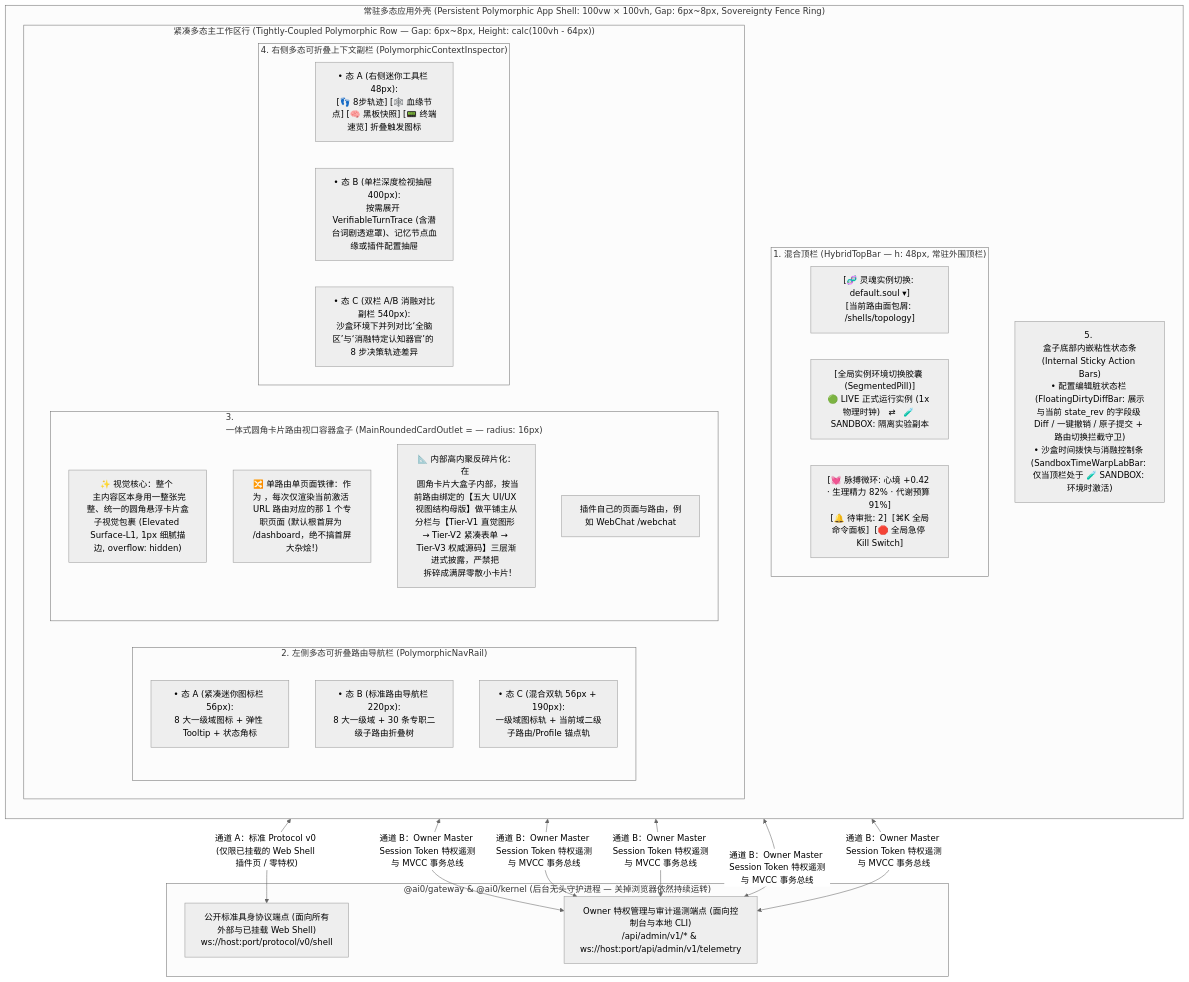
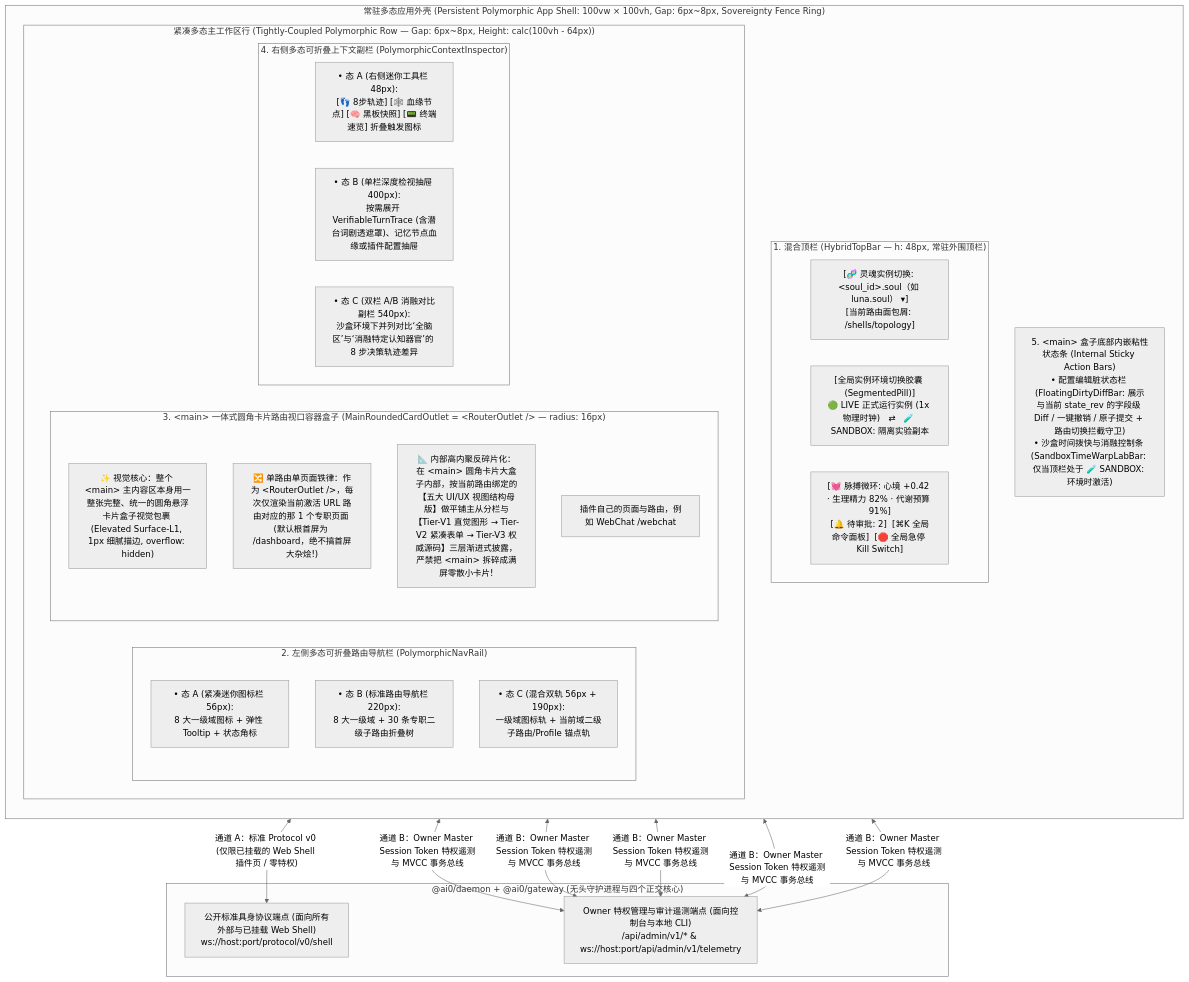
The first of 2 diagrams in docs/architecture/06-webui-console-and-observability-arch.md (reina0721/ai0), drawn with Mermaid (neutral theme) before and after one commit. The commit also changed other lines of this file and 156 other files, not shown here.

````diff
--- a/docs/architecture/06-webui-console-and-observability-arch.md
+++ b/docs/architecture/06-webui-console-and-observability-arch.md
@@ -53,47 +59,47 @@
 ```mermaid
 flowchart TB
     subgraph Viewport["常驻多态应用外壳 (Persistent Polymorphic App Shell: 100vw × 100vh, Gap: 6px~8px, Sovereignty Fence Ring)"]
         direction TB
 
         subgraph TopBar["1. 混合顶栏 (HybridTopBar — h: 48px, 常驻外围顶栏)"]
             direction LR
-            T_Left["[🧬 灵魂实例切换: default.soul ▾]<br/>[当前路由面包屑: /shells/topology]"]
+            T_Left["[🧬 灵魂实例切换: &lt;soul_id&gt;.soul（如 luna.soul） ▾]<br/>[当前路由面包屑: /shells/topology]"]
             T_Center["[全局实例环境切换胶囊 (SegmentedPill)]<br/>🟢 LIVE 正式运行实例 (1x 物理时钟)   ⇄   🧪 SANDBOX:<fork_id> 隔离实验副本"]
             T_Right["[💓 脉搏微环: 心境 +0.42 · 生理精力 82% · 代谢预算 91%]<br/>[🔔 待审批: 2]  [⌘K 全局命令面板]  [🛑 全局急停 Kill Switch]"]
         end
 
         subgraph WorkspaceRow["紧凑多态主工作区行 (Tightly-Coupled Polymorphic Row — Gap: 6px~8px, Height: calc(100vh - 64px))"]
             direction LR
 
             subgraph LeftRail["2. 左侧多态可折叠路由导航栏 (PolymorphicNavRail)"]
                 L_StateA["• 态 A (紧凑迷你图标栏 56px):<br/>8 大一级域图标 + 弹性 Tooltip + 状态角标"]
                 L_StateB["• 态 B (标准路由导航栏 220px):<br/>8 大一级域 + 30 条专职二级子路由折叠树"]
                 L_StateC["• 态 C (混合双轨 56px + 190px):<br/>一级域图标轨 + 当前域二级子路由/Profile 锚点轨"]
             end
 
-            subgraph MainCardOutlet["3. <main> 一体式圆角卡片路由视口容器盒子 (MainRoundedCardOutlet = <RouterOutlet /> — radius: 16px)"]
+            subgraph MainCardOutlet["3. &lt;main&gt; 一体式圆角卡片路由视口容器盒子 (MainRoundedCardOutlet = &lt;RouterOutlet /&gt; — radius: 16px)"]
                 direction TB
-                M_Rule1["✨ 视觉核心：整个 <main> 主内容区本身用一整张完整、统一的圆角悬浮卡片盒子视觉包裹 (Elevated Surface-L1, 1px 细腻描边, overflow: hidden)"]
-                M_Rule2["🔀 单路由单页面铁律：作为 <RouterOutlet />，每次仅渲染当前激活 URL 路由对应的那 1 个专职页面 (默认根首屏为 /dashboard，绝不搞首屏大杂烩!)"]
-                M_Rule3["📐 内部高内聚反碎片化：在 <main> 圆角卡片大盒子内部，按当前路由绑定的【五大 UI/UX 视图结构母版】做平铺主从分栏与【Tier-V1 直觉图形 → Tier-V2 紧凑表单 → Tier-V3 权威源码】三层渐进式披露，严禁把 <main> 拆碎成满屏零散小卡片!"]
+                M_Rule1["✨ 视觉核心：整个 &lt;main&gt; 主内容区本身用一整张完整、统一的圆角悬浮卡片盒子视觉包裹 (Elevated Surface-L1, 1px 细腻描边, overflow: hidden)"]
+                M_Rule2["🔀 单路由单页面铁律：作为 &lt;RouterOutlet /&gt;，每次仅渲染当前激活 URL 路由对应的那 1 个专职页面 (默认根首屏为 /dashboard，绝不搞首屏大杂烩!)"]
+                M_Rule3["📐 内部高内聚反碎片化：在 &lt;main&gt; 圆角卡片大盒子内部，按当前路由绑定的【五大 UI/UX 视图结构母版】做平铺主从分栏与【Tier-V1 直觉图形 → Tier-V2 紧凑表单 → Tier-V3 权威源码】三层渐进式披露，严禁把 &lt;main&gt; 拆碎成满屏零散小卡片!"]
                 M_Rule4["插件自己的页面与路由，例如 WebChat /webchat"]
             end
 
             subgraph RightRail["4. 右侧多态可折叠上下文副栏 (PolymorphicContextInspector)"]
                 R_StateA["• 态 A (右侧迷你工具栏 48px):<br/>[👣 8步轨迹] [🕸️ 血缘节点] [🧠 黑板快照] [📟 终端速览] 折叠触发图标"]
                 R_StateB["• 态 B (单栏深度检视抽屉 400px):<br/>按需展开 VerifiableTurnTrace (含潜台词剧透遮罩)、记忆节点血缘或插件配置抽屉"]
                 R_StateC["• 态 C (双栏 A/B 消融对比副栏 540px):<br/>沙盒环境下并列对比‘全脑区’与‘消融特定认知器官’的 8 步决策轨迹差异"]
             end
         end
 
-        BottomOverlay["5. <main> 盒子底部内嵌粘性状态条 (Internal Sticky Action Bars)<br/>• 配置编辑脏状态栏 (FloatingDirtyDiffBar: 展示与当前 state_rev 的字段级 Diff / 一键撤销 / 原子提交 + 路由切换拦截守卫)<br/>• 沙盒时间拨快与消融控制条 (SandboxTimeWarpLabBar: 仅当顶栏处于 🧪 SANDBOX:<fork_id> 环境时激活)"]
+        BottomOverlay["5. &lt;main&gt; 盒子底部内嵌粘性状态条 (Internal Sticky Action Bars)<br/>• 配置编辑脏状态栏 (FloatingDirtyDiffBar: 展示与当前 state_rev 的字段级 Diff / 一键撤销 / 原子提交 + 路由切换拦截守卫)<br/>• 沙盒时间拨快与消融控制条 (SandboxTimeWarpLabBar: 仅当顶栏处于 🧪 SANDBOX:<fork_id> 环境时激活)"]
     end
 
-    subgraph Backend["@ai0/gateway & @ai0/kernel (后台无头守护进程 — 关掉浏览器依然持续运转)"]
+    subgraph Backend["@ai0/daemon + @ai0/gateway (无头守护进程与四个正交核心)"]
         PublicWS["公开标准具身协议端点 (面向所有外部与已挂载 Web Shell)<br/>ws://host:port/protocol/v0/shell"]
         AdminBus["Owner 特权管理与审计遥测端点 (面向控制台与本地 CLI)<br/>/api/admin/v1/* & ws://host:port/api/admin/v1/telemetry"]
     end
 
     M_Rule4 <-->|"通道 A：标准 Protocol v0 (仅限已挂载的 Web Shell 插件页 / 零特权)"| PublicWS
     TopBar & LeftRail & MainCardOutlet & RightRail & BottomOverlay <-->|"通道 B：Owner Master Session Token 特权遥测与 MVCC 事务总线"| AdminBus
 ```
````
